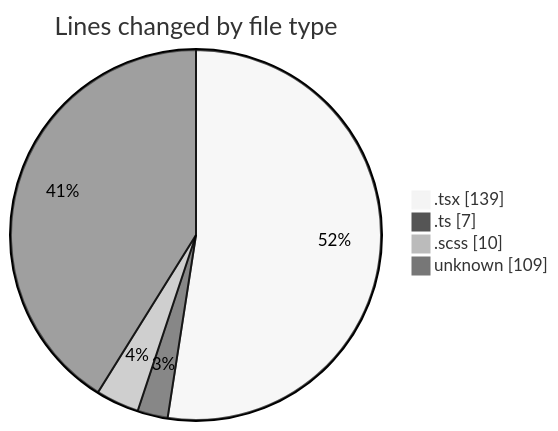
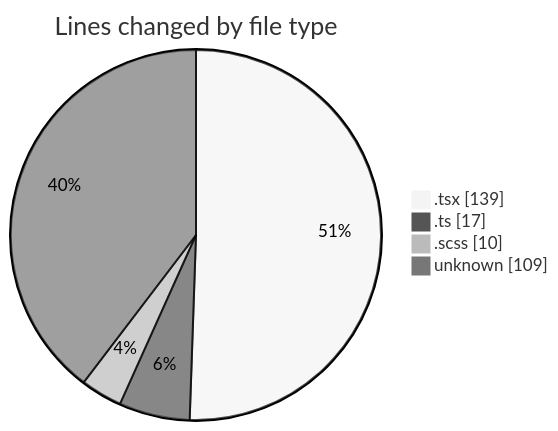
Before and after one commit to momahboobian/code-tracking: the first of 2 diagrams in 2026-04-15/cda/README.md, drawn with Mermaid (neutral theme). The commit also changed other lines of this file and 1 other file, not shown here.

````diff
--- a/2026-04-15/cda/README.md
+++ b/2026-04-15/cda/README.md
@@ -28,8 +28,8 @@
 ```mermaid
 pie showData
 title Lines changed by file type
 ".tsx" : 139
-".ts" : 7
+".ts" : 17
 ".scss" : 10
 "unknown" : 109
 ```
````
